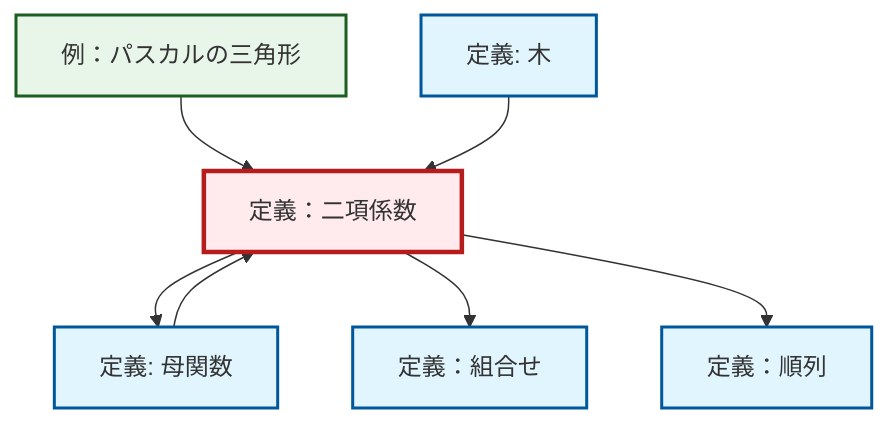
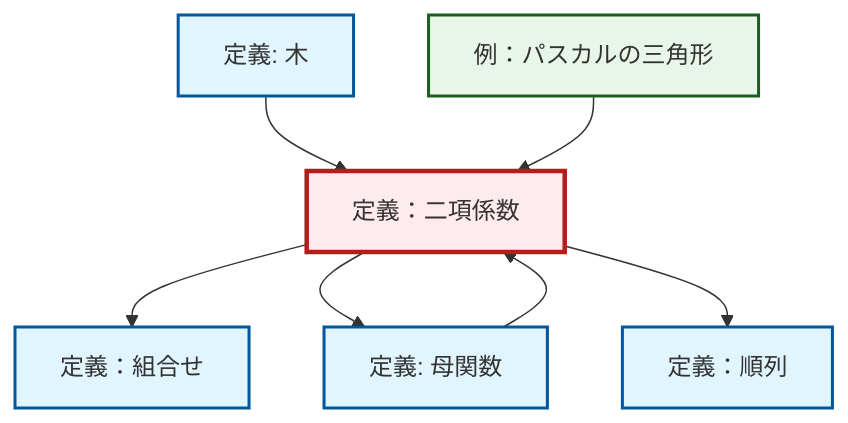
One commit to RK0429/ModernMath changed the diagram in content/ja/combinatorics/def-binomial-coefficient.qmd. Above: the diagram before and after it, drawn with Mermaid. The commit also changed 672 other files, not shown here.

````diff
--- a/content/ja/combinatorics/def-binomial-coefficient.qmd
+++ b/content/ja/combinatorics/def-binomial-coefficient.qmd
@@ -67,27 +67,27 @@
 ```{mermaid}
-%%| fig-cap: "Local dependency graph"
+%%| fig-cap: "ローカル依存関係グラフ"
 graph TD
     classDef definition fill:#e1f5fe,stroke:#01579b,stroke-width:2px
     classDef theorem fill:#f3e5f5,stroke:#4a148c,stroke-width:2px
     classDef axiom fill:#fff3e0,stroke:#e65100,stroke-width:2px
     classDef example fill:#e8f5e9,stroke:#1b5e20,stroke-width:2px
     classDef current fill:#ffebee,stroke:#b71c1c,stroke-width:3px
-    def-permutation["定義：順列"]:::definition
-    def-binomial-coefficient["定義：二項係数"]:::definition
-    def-combination["定義：組合せ"]:::definition
+    def-tree["定義: 木"]:::definition
     def-generating-function["定義: 母関数"]:::definition
     ex-pascals-triangle["例：パスカルの三角形"]:::example
-    def-tree["定義: 木"]:::definition
+    def-combination["定義：組合せ"]:::definition
+    def-binomial-coefficient["定義：二項係数"]:::definition
+    def-permutation["定義：順列"]:::definition
+    def-binomial-coefficient --> def-combination
+    def-tree --> def-binomial-coefficient
     def-generating-function --> def-binomial-coefficient
     def-binomial-coefficient --> def-generating-function
-    def-binomial-coefficient --> def-combination
     def-binomial-coefficient --> def-permutation
     ex-pascals-triangle --> def-binomial-coefficient
-    def-tree --> def-binomial-coefficient
     class def-binomial-coefficient current
-    click def-permutation "def-permutation.html" "定義：順列へ"
-    click def-combination "def-combination.html" "定義：組合せへ"
+    click def-tree "def-tree.html" "木の定義へ"
     click def-generating-function "def-generating-function.html" "母関数の定義へ"
     click ex-pascals-triangle "ex-pascals-triangle.html" "例：パスカルの三角形へ"
-    click def-tree "def-tree.html" "木の定義へ"
+    click def-combination "def-combination.html" "定義：組合せへ"
+    click def-permutation "def-permutation.html" "定義：順列へ"
 ```
````
